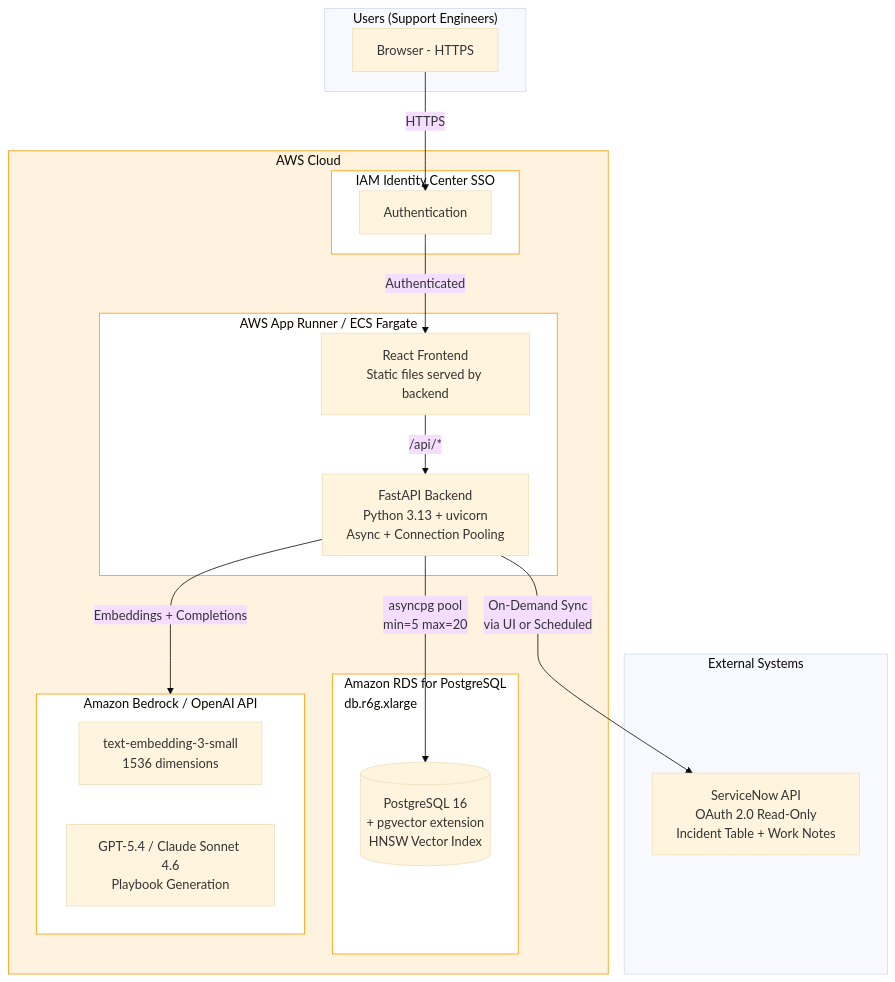
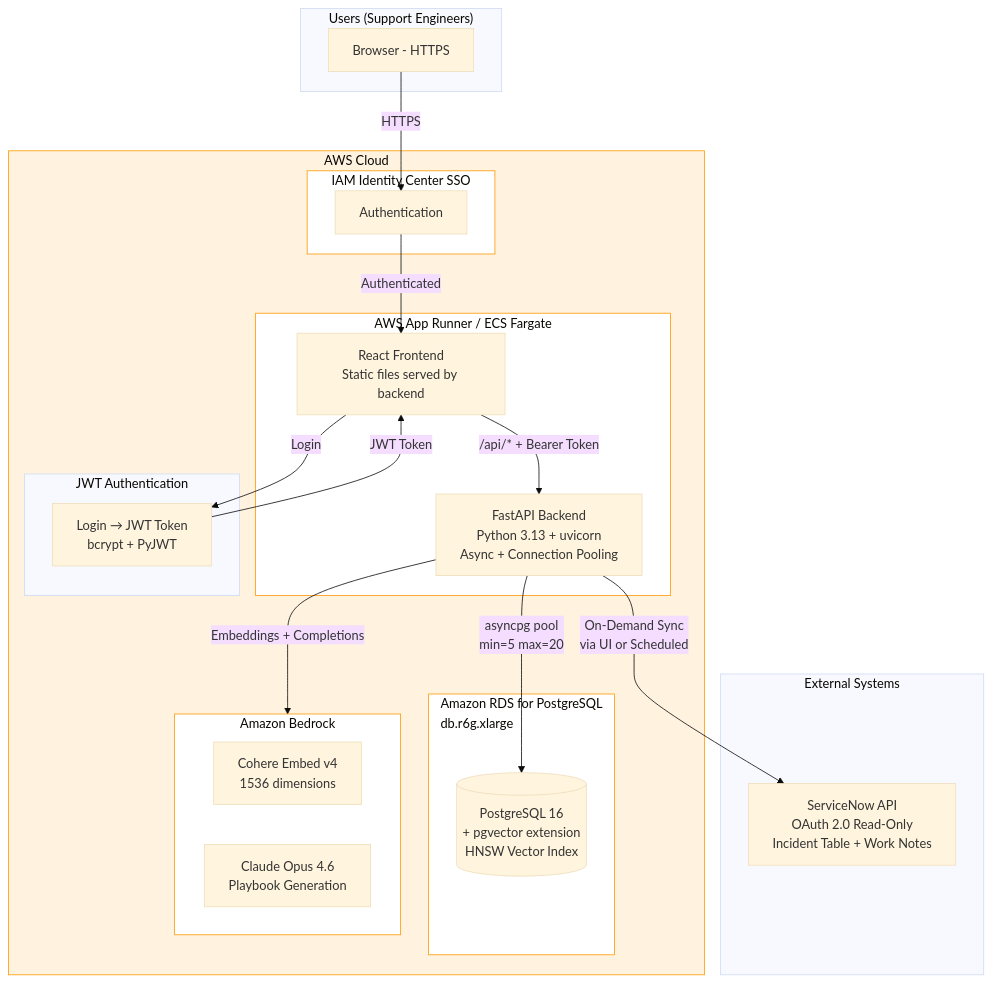
The first of 4 diagrams in docs/deployment-architecture-aws.md (bounteousyogesh/rexus), drawn with Mermaid (base theme) before and after one commit. The commit also changed other lines of this file and 65 other files, not shown here.

Commit message:
updated version of the app with login and bedrock integration

````diff
--- a/docs/deployment-architecture-aws.md
+++ b/docs/deployment-architecture-aws.md
@@ -5,43 +5,49 @@
 ```mermaid
 graph TB
     subgraph Users["Users (Support Engineers)"]
         U1[Browser - HTTPS]
     end
 
     subgraph AWS["AWS Cloud"]
         subgraph Auth["IAM Identity Center SSO"]
             SSO[Authentication]
         end
 
         subgraph Compute["AWS App Runner / ECS Fargate"]
             FE[React Frontend<br/>Static files served by backend]
             API[FastAPI Backend<br/>Python 3.13 + uvicorn<br/>Async + Connection Pooling]
         end
 
         subgraph Database["Amazon RDS for PostgreSQL<br/>db.r6g.xlarge"]
             PG[(PostgreSQL 16<br/>+ pgvector extension<br/>HNSW Vector Index)]
         end
 
-        subgraph AI["Amazon Bedrock / OpenAI API"]
-            EMB[text-embedding-3-small<br/>1536 dimensions]
-            GPT[GPT-5.4 / Claude Sonnet 4.6<br/>Playbook Generation]
+        subgraph AI["Amazon Bedrock"]
+            EMB[Cohere Embed v4<br/>1536 dimensions]
+            GPT[Claude Opus 4.6<br/>Playbook Generation]
+        end
+
+        subgraph AppAuth["JWT Authentication"]
+            JWT[Login → JWT Token<br/>bcrypt + PyJWT]
         end
     end
 
     subgraph External["External Systems"]
         SN[ServiceNow API<br/>OAuth 2.0 Read-Only<br/>Incident Table + Work Notes]
     end
 
     U1 -->|HTTPS| SSO
     SSO -->|Authenticated| FE
-    FE -->|/api/*| API
+    FE -->|Login| JWT
+    JWT -->|JWT Token| FE
+    FE -->|/api/* + Bearer Token| API
     API -->|asyncpg pool<br/>min=5 max=20| PG
     API -->|Embeddings + Completions| AI
     API -->|On-Demand Sync<br/>via UI or Scheduled| SN
 
     style AWS fill:#fff3e0,stroke:#ff9900
     style Auth fill:#fff,stroke:#ff9900
     style Compute fill:#fff,stroke:#ff9900
     style Database fill:#fff,stroke:#ff9900
     style AI fill:#fff,stroke:#ff9900
 ```
````
